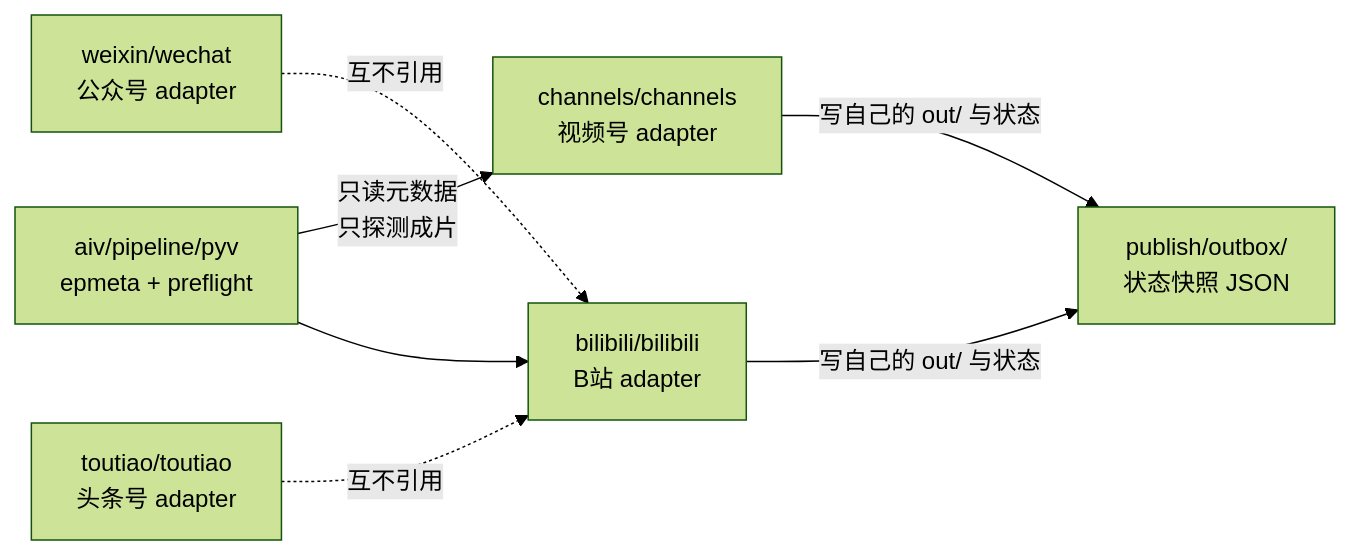
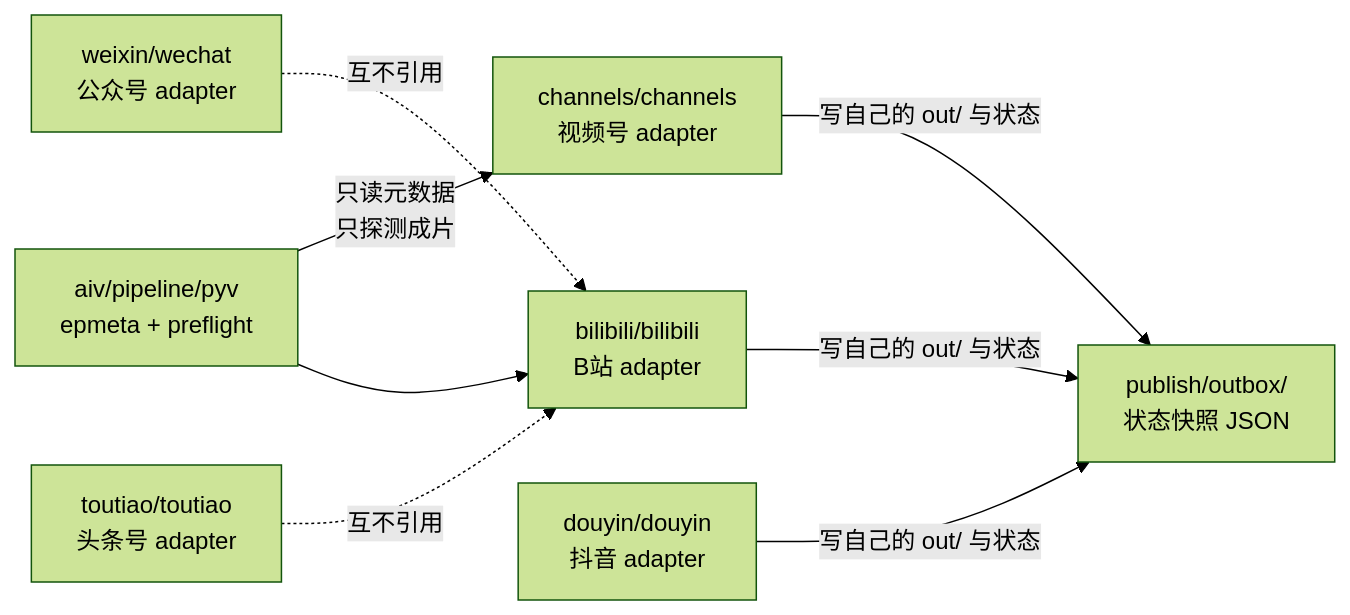
Before and after one commit to growdu/blog: the diagram in publish/spec/07-视频发布契约.md, drawn with Mermaid (forest theme). The commit also changed other lines of this file and 2 other files, not shown here.

````diff
--- a/publish/spec/07-视频发布契约.md
+++ b/publish/spec/07-视频发布契约.md
@@ -192,9 +222,10 @@
 ```mermaid
 flowchart LR
   A["aiv/pipeline/pyv<br/>epmeta + preflight"] -->|"只读元数据<br/>只探测成片"| C["channels/channels<br/>视频号 adapter"]
   A --> B["bilibili/bilibili<br/>B站 adapter"]
   B -->|"写自己的 out/ 与状态"| O["publish/outbox/<br/>状态快照 JSON"]
   C -->|"写自己的 out/ 与状态"| O
+  D["douyin/douyin<br/>抖音 adapter"] -->|"写自己的 out/ 与状态"| O
   W["weixin/wechat<br/>公众号 adapter"] -.->|"互不引用"| B
   T["toutiao/toutiao<br/>头条号 adapter"] -.->|"互不引用"| B
 ```
````
